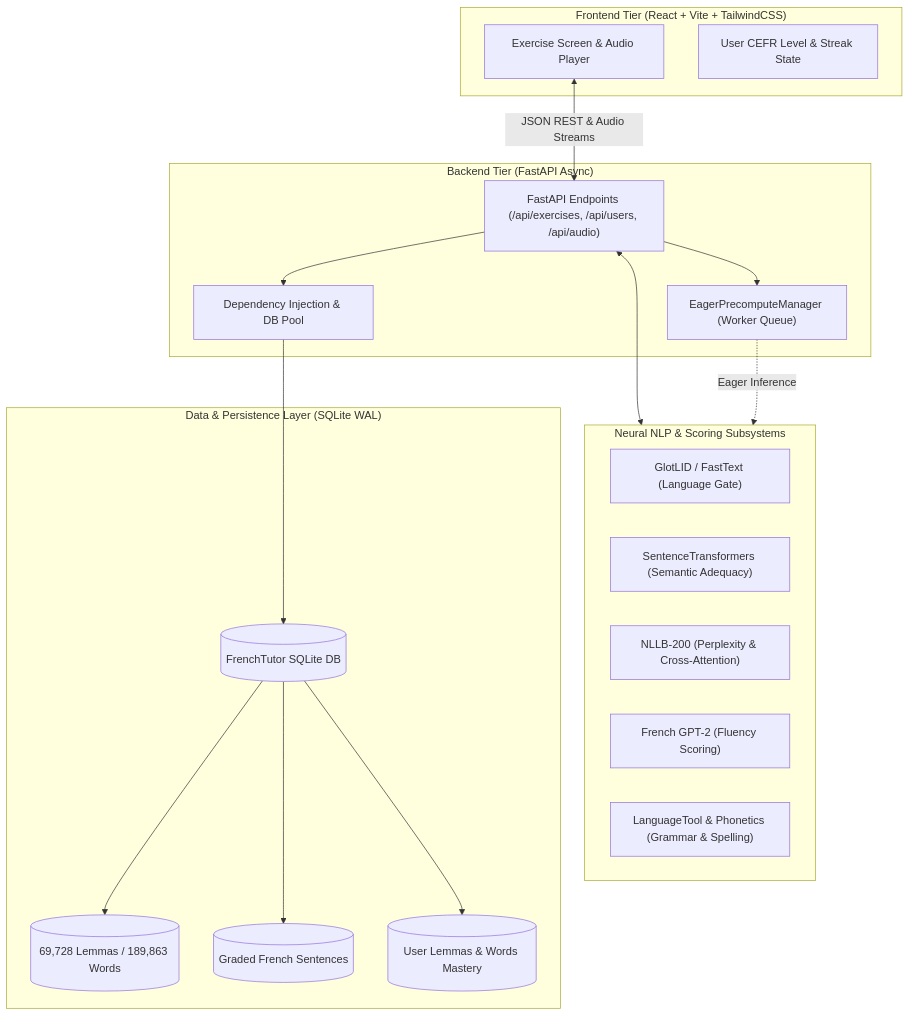
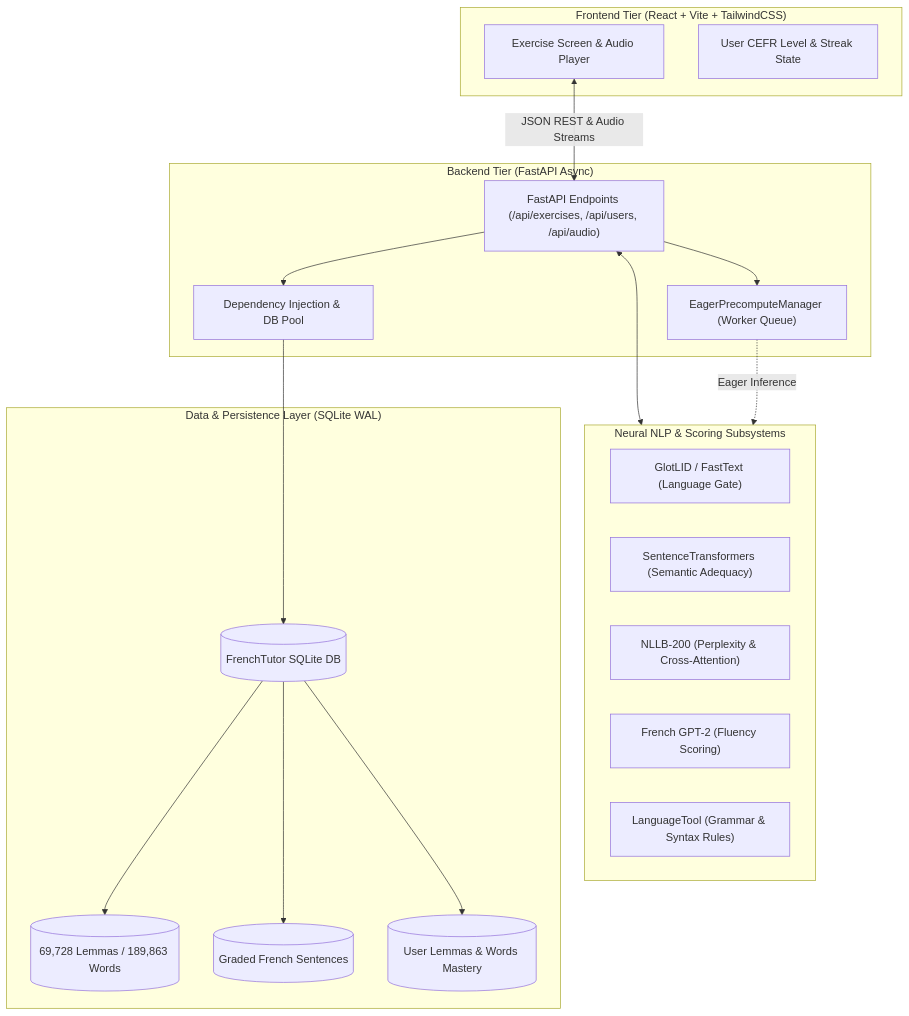
One commit to eyengabompongo8/deep-tutor changed the second of 2 diagrams in docs/README.md. Above: the diagram before and after it, drawn with Mermaid. The commit also changed other lines of this file and 6 other files, not shown here.

````diff
--- a/docs/README.md
+++ b/docs/README.md
@@ -77,36 +77,36 @@
 ```mermaid
 graph TB
     subgraph Frontend ["Frontend Tier (React + Vite + TailwindCSS)"]
         UI["Exercise Screen & Audio Player"]
         State["User CEFR Level & Streak State"]
     end
 
     subgraph Backend ["Backend Tier (FastAPI Async)"]
         API["FastAPI Endpoints (/api/exercises, /api/users, /api/audio)"]
         Deps["Dependency Injection & DB Pool"]
         Precompute["EagerPrecomputeManager (Worker Queue)"]
     end
 
     subgraph NLEngines ["Neural NLP & Scoring Subsystems"]
         LID["GlotLID / FastText (Language Gate)"]
         MiniLM["SentenceTransformers (Semantic Adequacy)"]
         NLLB["NLLB-200 (Perplexity & Cross-Attention)"]
         GPT2["French GPT-2 (Fluency Scoring)"]
-        LT["LanguageTool & Phonetics (Grammar & Spelling)"]
+        LT["LanguageTool (Grammar & Syntax Rules)"]
     end
 
     subgraph DataTier ["Data & Persistence Layer (SQLite WAL)"]
         DB[(FrenchTutor SQLite DB)]
         Lex[(69,728 Lemmas / 189,863 Words)]
         Sents[(Graded French Sentences)]
         Prog[(User Lemmas & Words Mastery)]
     end
 
     UI <-->|JSON REST & Audio Streams| API
     API --> Deps
     Deps --> DB
     API <--> NLEngines
     API --> Precompute
     Precompute -.->|Eager Inference| NLEngines
     DB --> Lex & Sents & Prog
 ```
````
